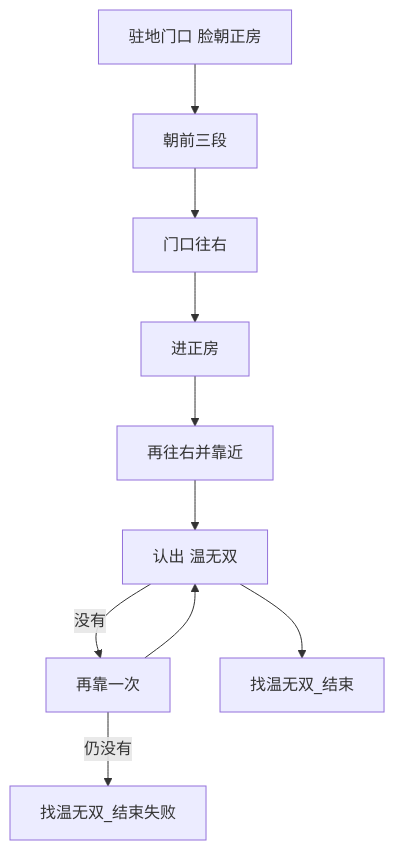
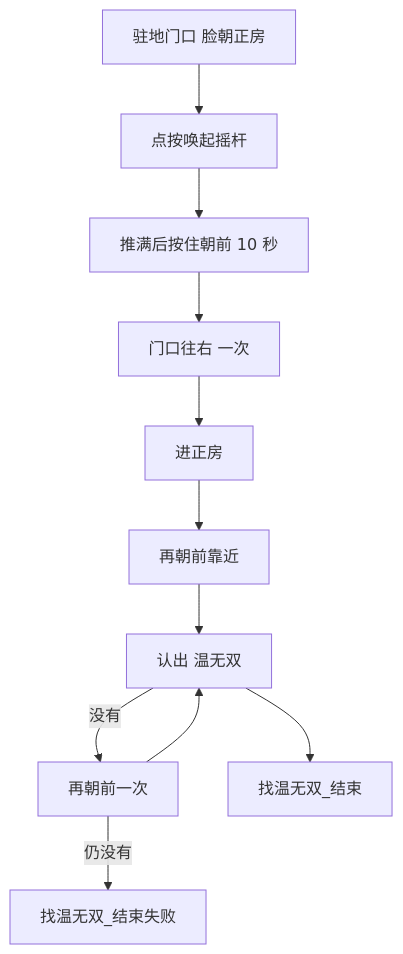
One commit to 82488059/MAAJN changed the diagram in docs/zh_cn/找温无双.md. Above: the diagram before and after it, drawn with Mermaid. The commit also changed other lines of this file and 18 other files, not shown here.

````diff
--- a/docs/zh_cn/找温无双.md
+++ b/docs/zh_cn/找温无双.md
@@ -22,15 +22,16 @@
 ```mermaid
 flowchart TD
   gate["驻地门口 脸朝正房"]
-  fwd["朝前三段"]
-  right["门口往右"]
+  stick["点按唤起摇杆"]
+  fwd["推满后按住朝前 10 秒"]
+  right["门口往右 一次"]
   inn["进正房"]
-  near["再往右并靠近"]
+  near["再朝前靠近"]
   see["认出 温无双"]
-  retry["再靠一次"]
+  retry["再朝前一次"]
   stop["找温无双_结束"]
   fail["找温无双_结束失败"]
-  gate --> fwd --> right --> inn --> near --> see --> stop
+  gate --> stick --> fwd --> right --> inn --> near --> see --> stop
   see -->|没有| retry --> see
   retry -->|仍没有| fail
 ```
````
